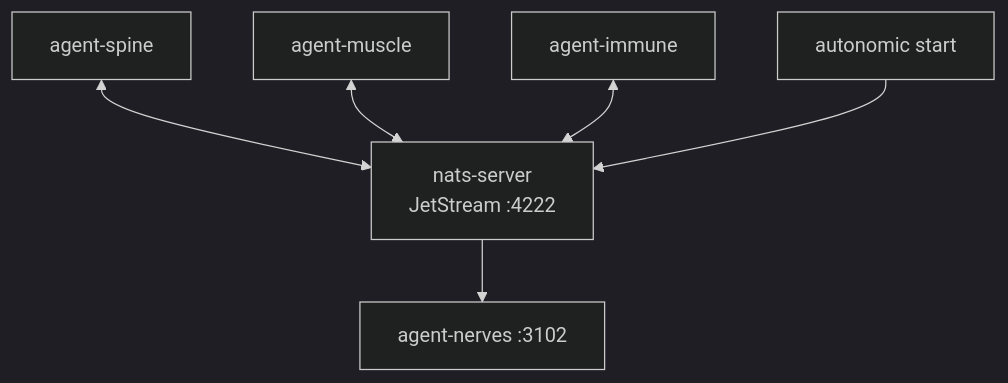
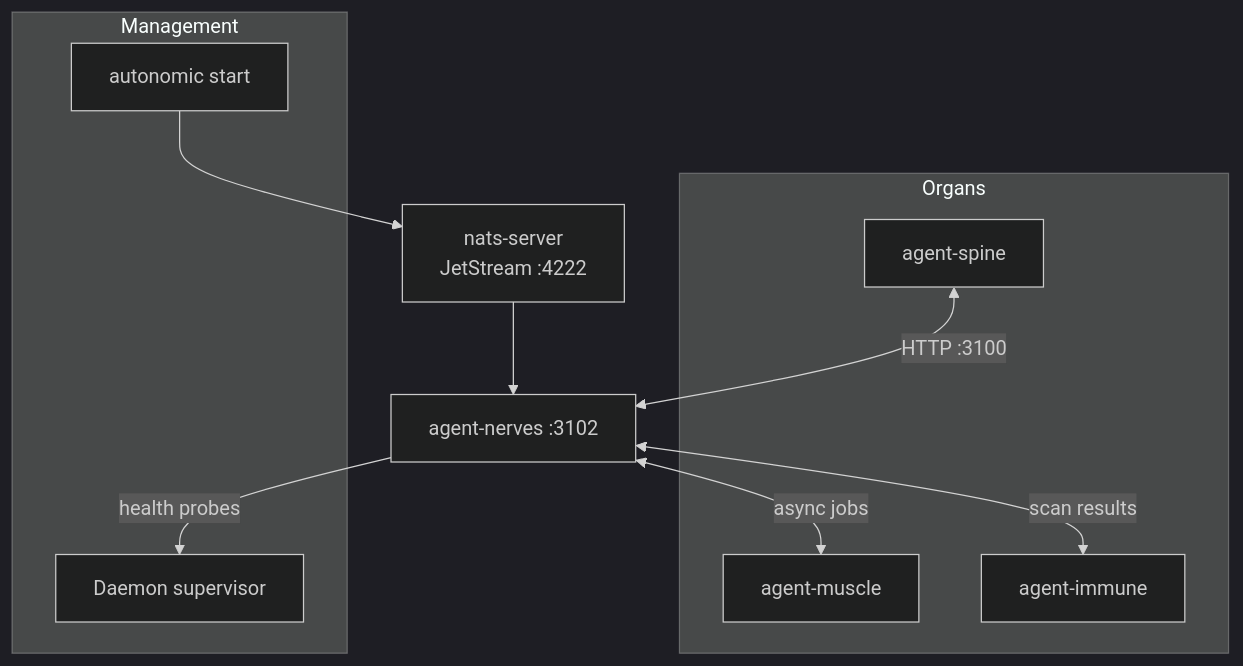
The diagram in README.md (autonomic-ai-dev/agent-nerves), drawn with Mermaid (dark theme) before and after one commit. The commit also changed other lines of this file and 4 other files, not shown here.

````diff
--- a/README.md
+++ b/README.md
@@ -24,10 +23,25 @@
 ```mermaid
 flowchart TD
-    NATS[nats-server<br>JetStream :4222]
-    Nerves[agent-nerves :3102]
-    Spine[agent-spine] <--> NATS
-    Muscle[agent-muscle] <--> NATS
-    Immune[agent-immune] <--> NATS
-    autonomic[autonomic start] --> NATS
+    NATS["nats-server<br>JetStream :4222"]
+    Nerves["agent-nerves :3102"]
+
+    subgraph Organs
+        Spine["agent-spine"]
+        Muscle["agent-muscle"]
+        Immune["agent-immune"]
+    end
+
+    subgraph Management
+        Body["autonomic start"]
+        Supervisor["Daemon supervisor"]
+    end
+
+    Body --> NATS
     NATS --> Nerves
+
+    Spine <-->|HTTP :3100| Nerves
+    Nerves <-->|async jobs| Muscle
+    Nerves <-->|scan results| Immune
+
+    Nerves -->|health probes| Supervisor
 ```
````
